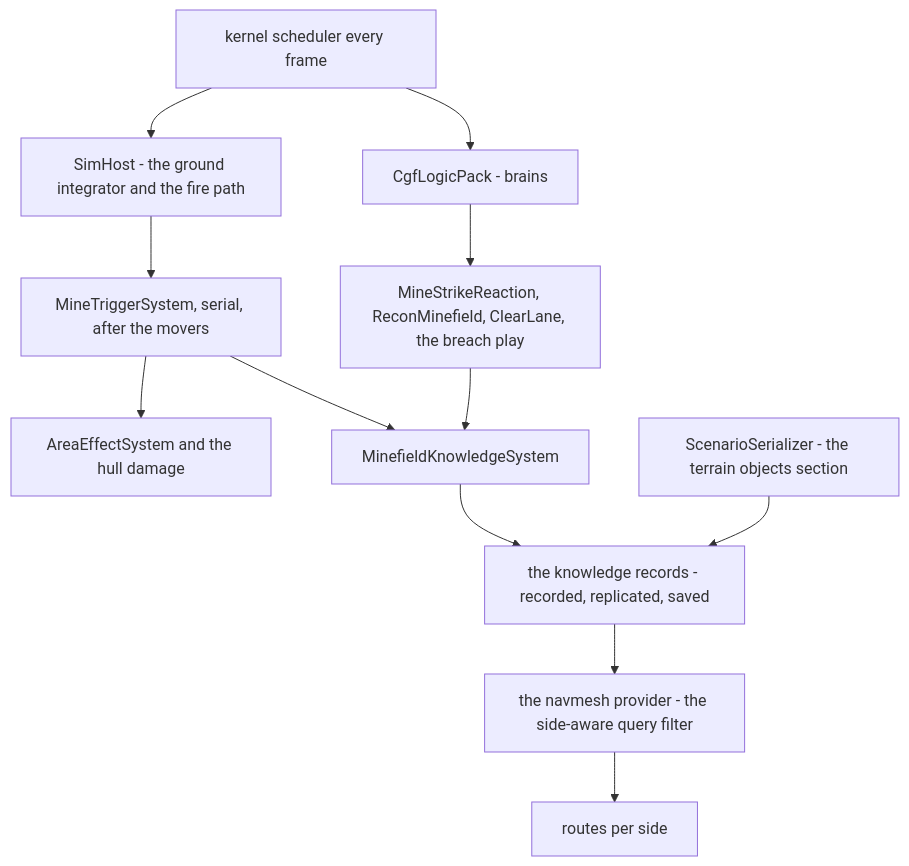
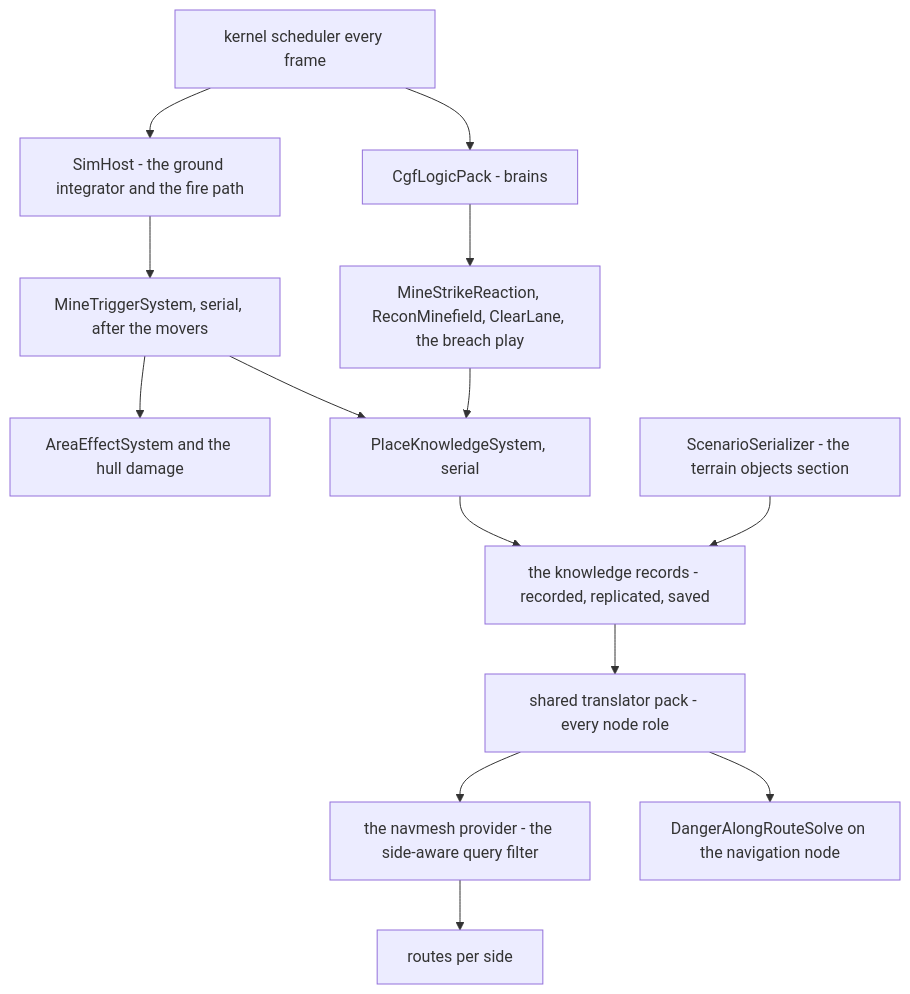
One commit to pjanec/HROT changed the third of 3 diagrams in docs/designs/minefields/DESIGN_Minefields.md. Above: the diagram before and after it, drawn with Mermaid. The commit also changed other lines of this file and 1 other file, not shown here.

First line of the commit message:
docs(minefields): fold the PlaceKnowledge generalization (MF-17, R-4273); review §10 pending

````diff
--- a/docs/designs/minefields/DESIGN_Minefields.md
+++ b/docs/designs/minefields/DESIGN_Minefields.md
@@ -179,14 +211,16 @@
 ```mermaid
 graph TD
   SIM[SimHost - the ground integrator and the fire path] --> TR[MineTriggerSystem, serial, after the movers]
   TR --> AE[AreaEffectSystem and the hull damage]
-  TR --> KS[MinefieldKnowledgeSystem]
+  TR --> KS[PlaceKnowledgeSystem, serial]
   CGF[CgfLogicPack - brains] --> BEH[MineStrikeReaction, ReconMinefield, ClearLane, the breach play]
   BEH --> KS
   NAV[the navmesh provider - the side-aware query filter] --> ROUTES[routes per side]
   KS --> REC[the knowledge records - recorded, replicated, saved]
-  REC --> NAV
+  REC --> SHARED[shared translator pack - every node role]
+  SHARED --> NAV
+  SHARED --> DS[DangerAlongRouteSolve on the navigation node]
   SAVE[ScenarioSerializer - the terrain objects section] --> REC
   SCH[kernel scheduler every frame] --> SIM
   SCH --> CGF
 ```
````
